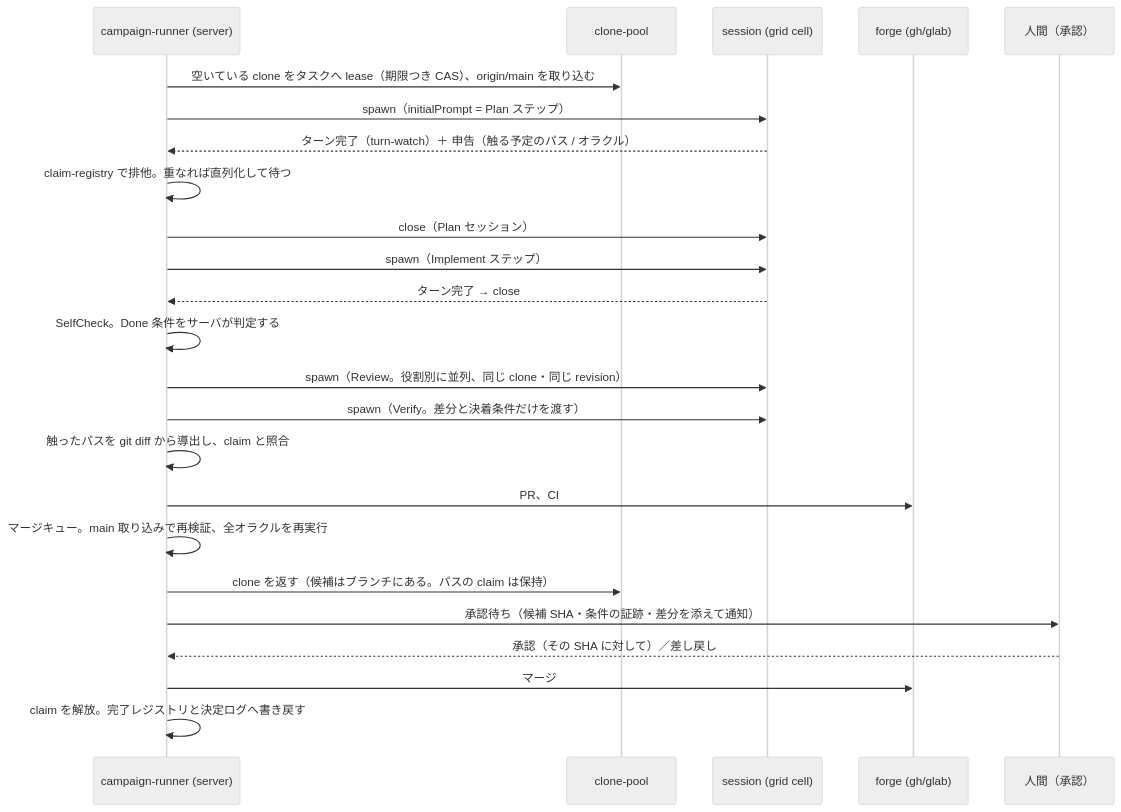
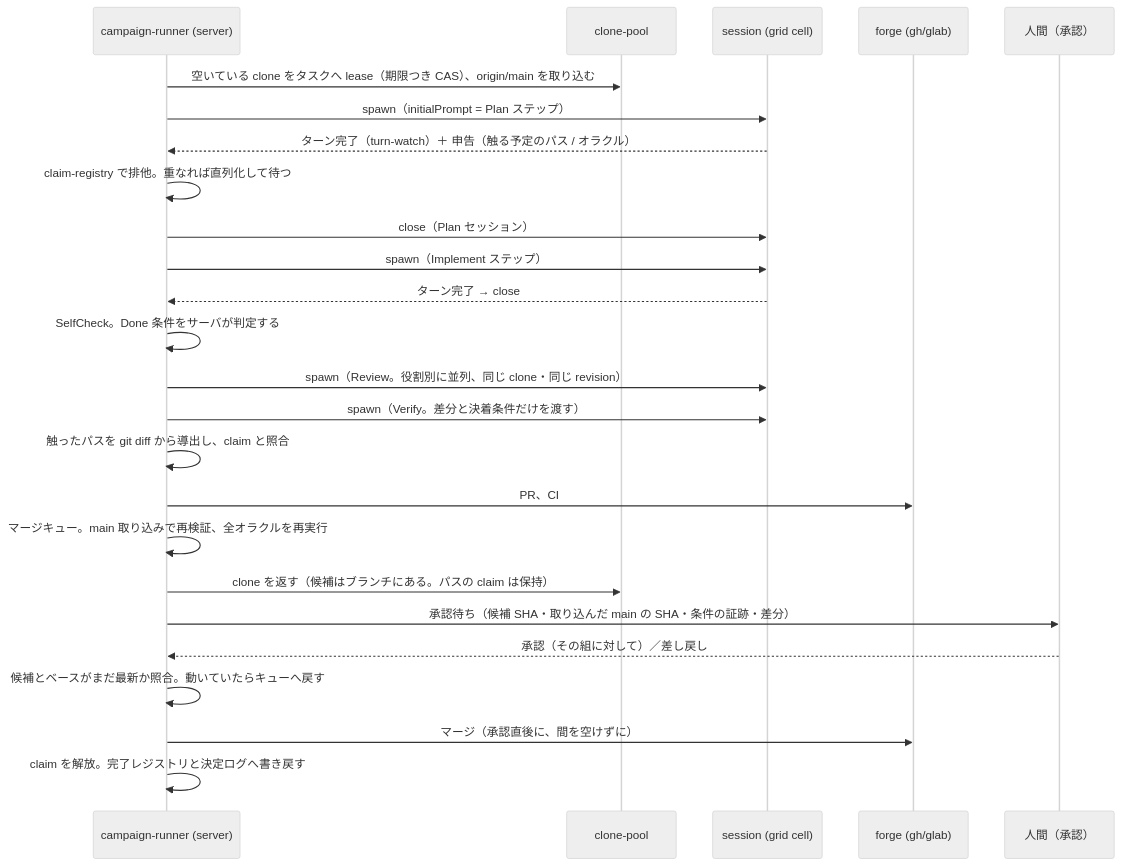
The diagram in future/grid-campaign-mode.md (highfar-projects/mulmoterminal), drawn with Mermaid (neutral theme) before and after one commit. The commit also changed other lines of this file and 1 other file, not shown here.

Commit message:
fix: address Codex review iter-15 — 承認が main の前進で無効にならない
承認を候補 SHA にだけ縛っていたので、別タスクが先に main を進めても承認は生き、
AwaitingApproval --> Merged が条件2（現在の main を取り込んで再検証）を迂回できた。

承認を (候補 SHA, 検証したベース = 取り込んだ origin/main の SHA) の組に縛り、
どちらかが動いたら無効にして MergeQueue へ戻す。

帰結も書いた:
- 承認はキューの先頭で、取り込みと再検証の直後に求め、返ってきたら即マージする。
  先回りして集めると、8並列では使う頃に全部 stale になる
- 人間が押さない間もキューは止めず、先頭を次へ明け渡す。待たされたタスクは
  ベースが変わったぶん再検証してから、もう一度聞く

refs #1815

Claude-Session: https://claude.ai/code/session_01FQQE6E47PJduinaJdi5yG8

````diff
--- a/future/grid-campaign-mode.md
+++ b/future/grid-campaign-mode.md
@@ -265,26 +265,27 @@
 ```mermaid
 sequenceDiagram
     participant O as campaign-runner (server)
     participant C as clone-pool
     participant S as session (grid cell)
     participant G as forge (gh/glab)
     participant H as 人間（承認）
     O->>C: 空いている clone をタスクへ lease（期限つき CAS）、origin/main を取り込む
     O->>S: spawn（initialPrompt = Plan ステップ）
     S-->>O: ターン完了（turn-watch）＋ 申告（触る予定のパス / オラクル）
     O->>O: claim-registry で排他。重なれば直列化して待つ
     O->>S: close（Plan セッション）
     O->>S: spawn（Implement ステップ）
     S-->>O: ターン完了 → close
     O->>O: SelfCheck。Done 条件をサーバが判定する
     O->>S: spawn（Review。役割別に並列、同じ clone・同じ revision）
     O->>S: spawn（Verify。差分と決着条件だけを渡す）
     O->>O: 触ったパスを git diff から導出し、claim と照合
     O->>G: PR、CI
     O->>O: マージキュー。main 取り込みで再検証、全オラクルを再実行
     O->>C: clone を返す（候補はブランチにある。パスの claim は保持）
-    O->>H: 承認待ち（候補 SHA・条件の証跡・差分を添えて通知）
-    H-->>O: 承認（その SHA に対して）／差し戻し
-    O->>G: マージ
+    O->>H: 承認待ち（候補 SHA・取り込んだ main の SHA・条件の証跡・差分）
+    H-->>O: 承認（その組に対して）／差し戻し
+    O->>O: 候補とベースがまだ最新か照合。動いていたらキューへ戻す
+    O->>G: マージ（承認直後に、間を空けずに）
     O->>O: claim を解放。完了レジストリと決定ログへ書き戻す
 ```
````
